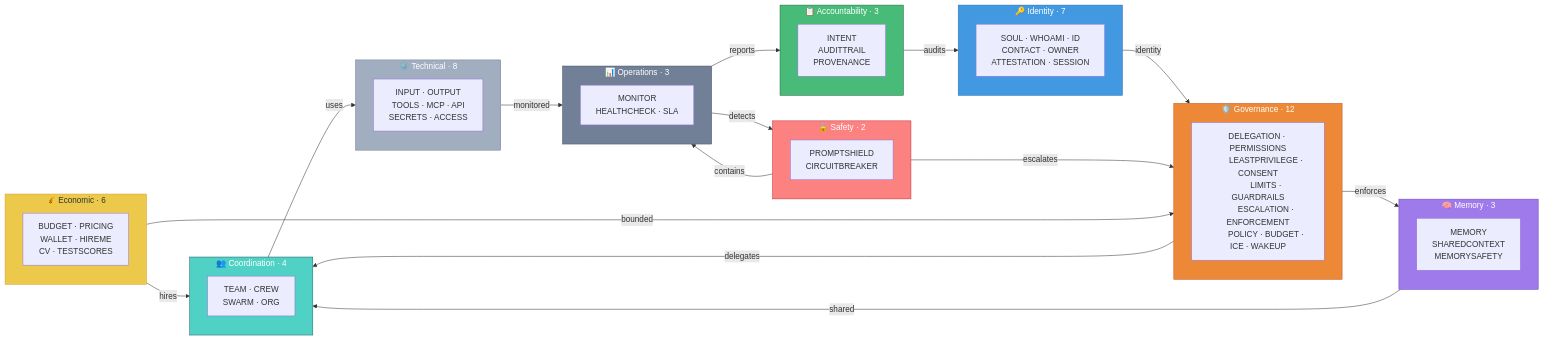
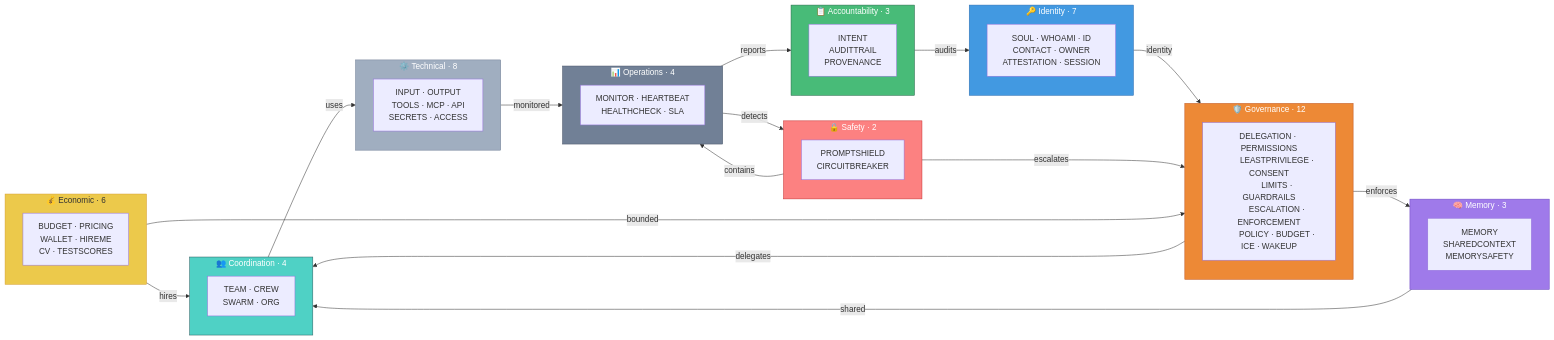
One commit to totalmarkdown/agent-md-specs changed the diagram in README.md. Above: the diagram before and after it, drawn with Mermaid. The commit also changed other lines of this file and 15 other files, not shown here.

```diff
--- a/README.md
+++ b/README.md
@@ -464,8 +465,8 @@
         SECRETS · ACCESS"]
     end
 
-    subgraph Operations["📊 Operations · 3"]
-        ops1["MONITOR
+    subgraph Operations["📊 Operations · 4"]
+        ops1["MONITOR · HEARTBEAT
         HEALTHCHECK · SLA"]
     end
 
```
